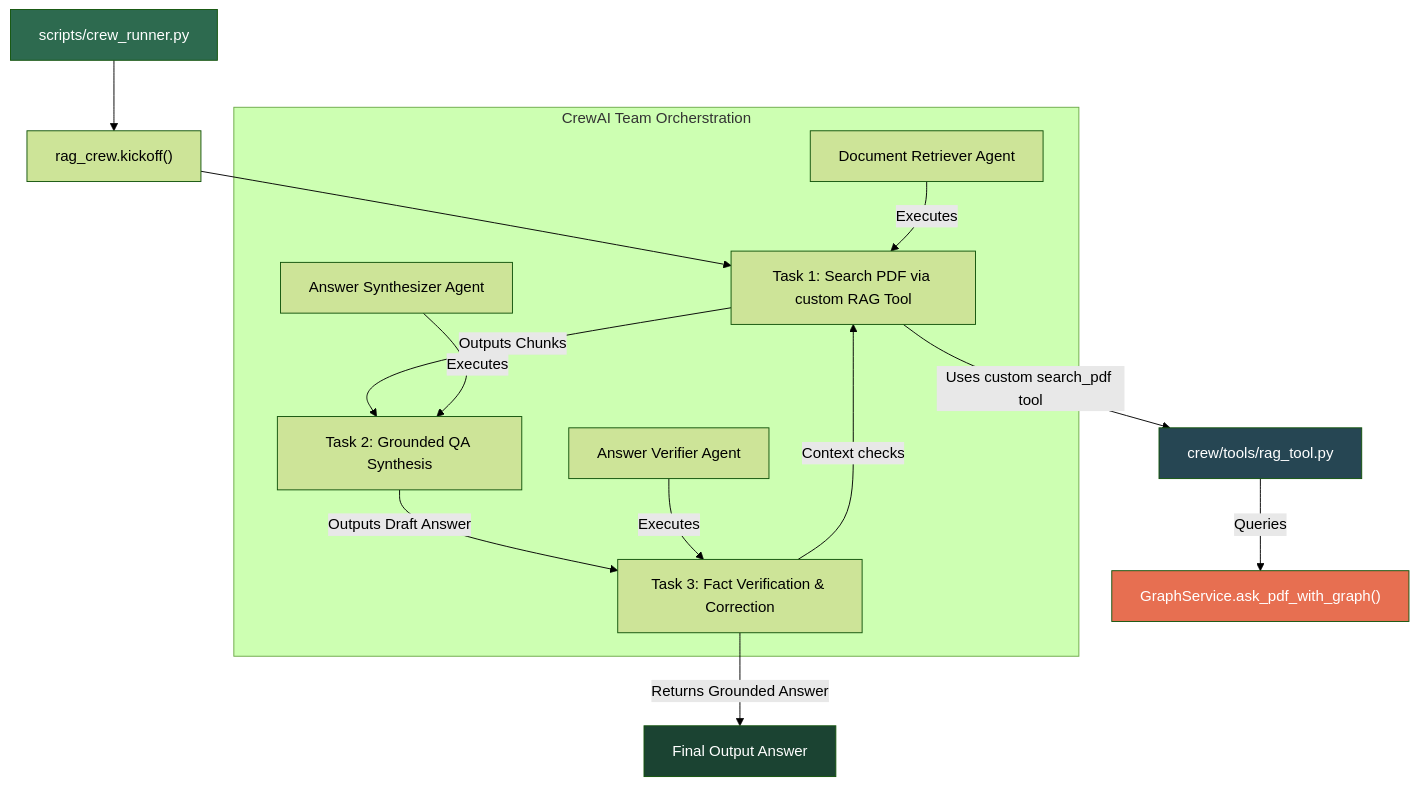
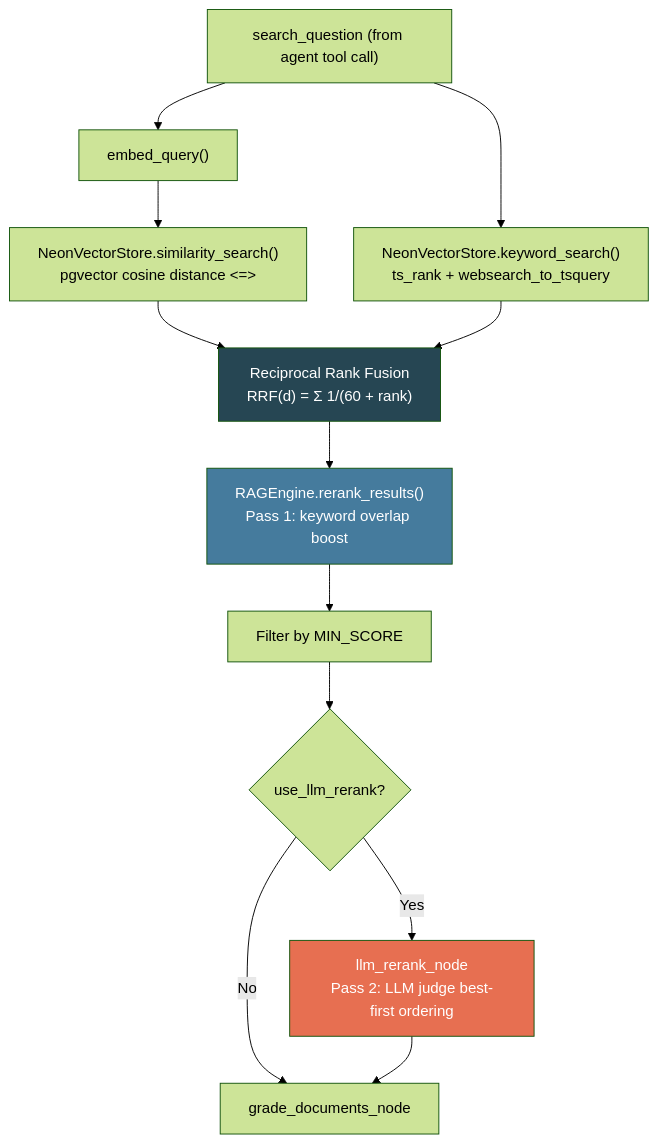
Before and after one commit to hasnatsakil/agentic-rag-service: the third of 4 diagrams in README.md, drawn with Mermaid (forest theme). The commit also changed other lines of this file and 19 other files, not shown here.

````diff
--- a/README.md
+++ b/README.md
@@ -200,33 +423,17 @@
 ```mermaid
 flowchart TD
-    A["scripts/crew_runner.py"] --> B["rag_crew.kickoff()"]
+    Q["search_question (from agent tool call)"] --> EMB["embed_query()"]
+    EMB --> VS["NeonVectorStore.similarity_search()\npgvector cosine distance <=>"]
+    Q --> KS["NeonVectorStore.keyword_search()\nts_rank + websearch_to_tsquery"]
+    VS & KS --> RRF["Reciprocal Rank Fusion\nRRF(d) = Σ 1/(60 + rank)"]
+    RRF --> P1["RAGEngine.rerank_results()\nPass 1: keyword overlap boost"]
+    P1 --> FILTER["Filter by MIN_SCORE"]
+    FILTER --> OPT{"use_llm_rerank?"}
+    OPT -- Yes --> P2["llm_rerank_node\nPass 2: LLM judge best-first ordering"]
+    OPT -- No --> GRADE_IN["grade_documents_node"]
+    P2 --> GRADE_IN
 
-    subgraph Crew["CrewAI Team Orcherstration"]
-        AG1["Document Retriever Agent"]
-        AG2["Answer Synthesizer Agent"]
-        AG3["Answer Verifier Agent"]
-        
-        T1["Task 1: Search PDF via custom RAG Tool"]
-        T2["Task 2: Grounded QA Synthesis"]
-        T3["Task 3: Fact Verification & Correction"]
-    end
-
-    B --> T1
-    AG1 -->|Executes| T1
-    T1 -->|Uses custom search_pdf tool| TL["crew/tools/rag_tool.py"]
-    TL -->|Queries| GS["GraphService.ask_pdf_with_graph()"]
-    
-    T1 -->|Outputs Chunks| T2
-    AG2 -->|Executes| T2
-    
-    T2 -->|Outputs Draft Answer| T3
-    AG3 -->|Executes| T3
-    T3 -->|Context checks| T1
-    
-    T3 -->|Returns Grounded Answer| C["Final Output Answer"]
-
-    style A fill:#2d6a4f,color:#fff
-    style GS fill:#e76f51,color:#fff
-    style C fill:#1b4332,color:#fff
-    style TL fill:#264653,color:#fff
+    style RRF fill:#264653,color:#fff
+    style P1 fill:#457b9d,color:#fff
+    style P2 fill:#e76f51,color:#fff
 ```
````
